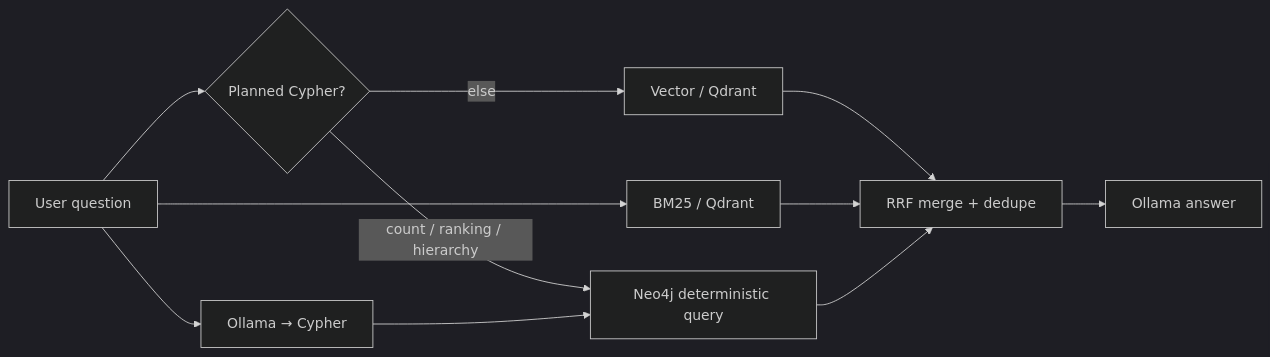
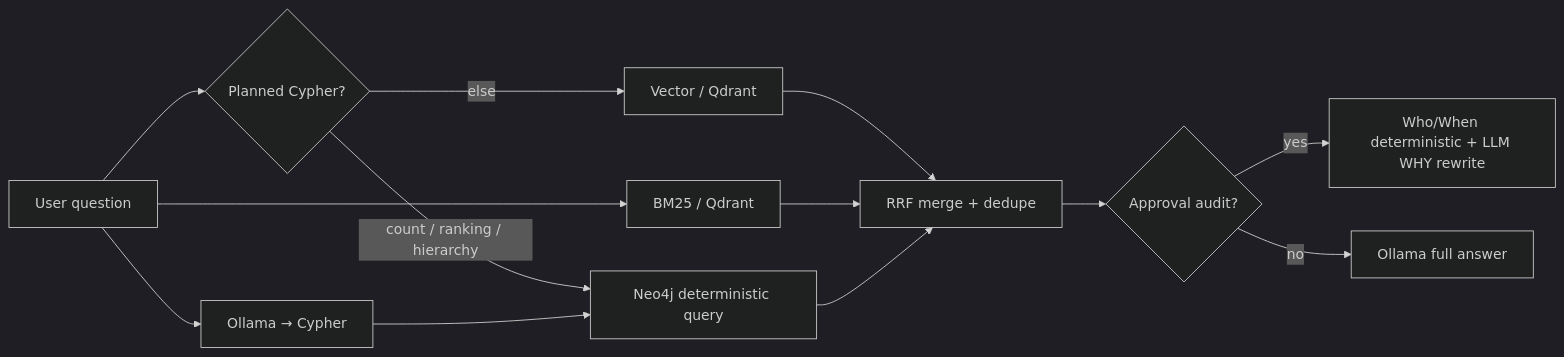
The diagram in security-event-chat/README.md (sanjuthomas/policy-pilot), drawn with Mermaid (dark theme) before and after one commit. The commit also changed other lines of this file and 58 other files, not shown here.

First line of the commit message:
Add OPA authorization audit trail and Who/When/Why chat answers.

````diff
--- a/security-event-chat/README.md
+++ b/security-event-chat/README.md
@@ -25,13 +25,15 @@
 ```mermaid
 flowchart LR
     Q[User question] --> P{Planned Cypher?}
     P -->|count / ranking / hierarchy| N[Neo4j deterministic query]
     P -->|else| V[Vector / Qdrant]
     Q --> B[BM25 / Qdrant]
     Q --> C[Ollama → Cypher]
     C --> N
     V --> R[RRF merge + dedupe]
     B --> R
     N --> R
-    R --> A[Ollama answer]
+    R --> A{Approval audit?}
+    A -->|yes| W[Who/When deterministic + LLM WHY rewrite]
+    A -->|no| L[Ollama full answer]
 ```
````
